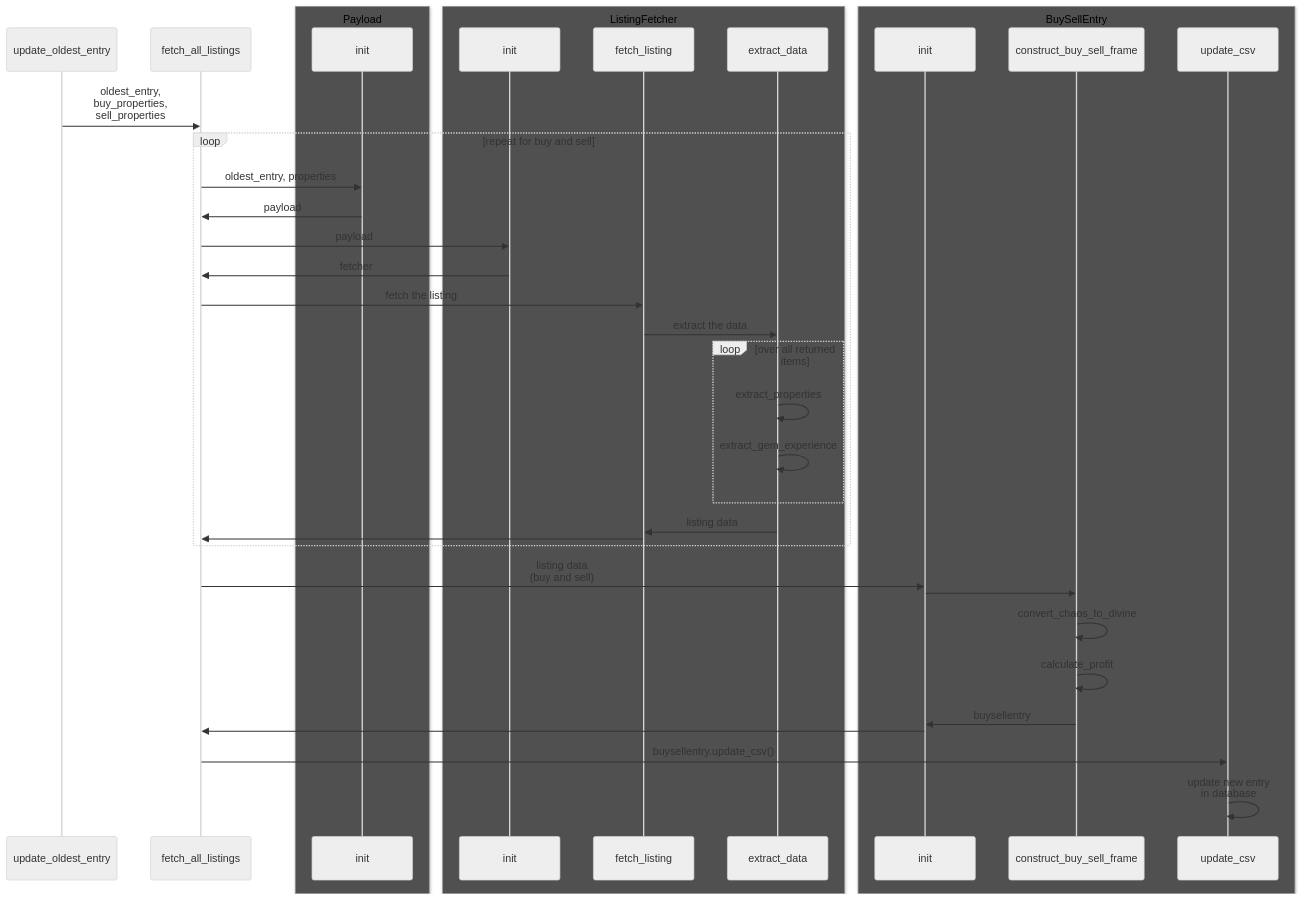
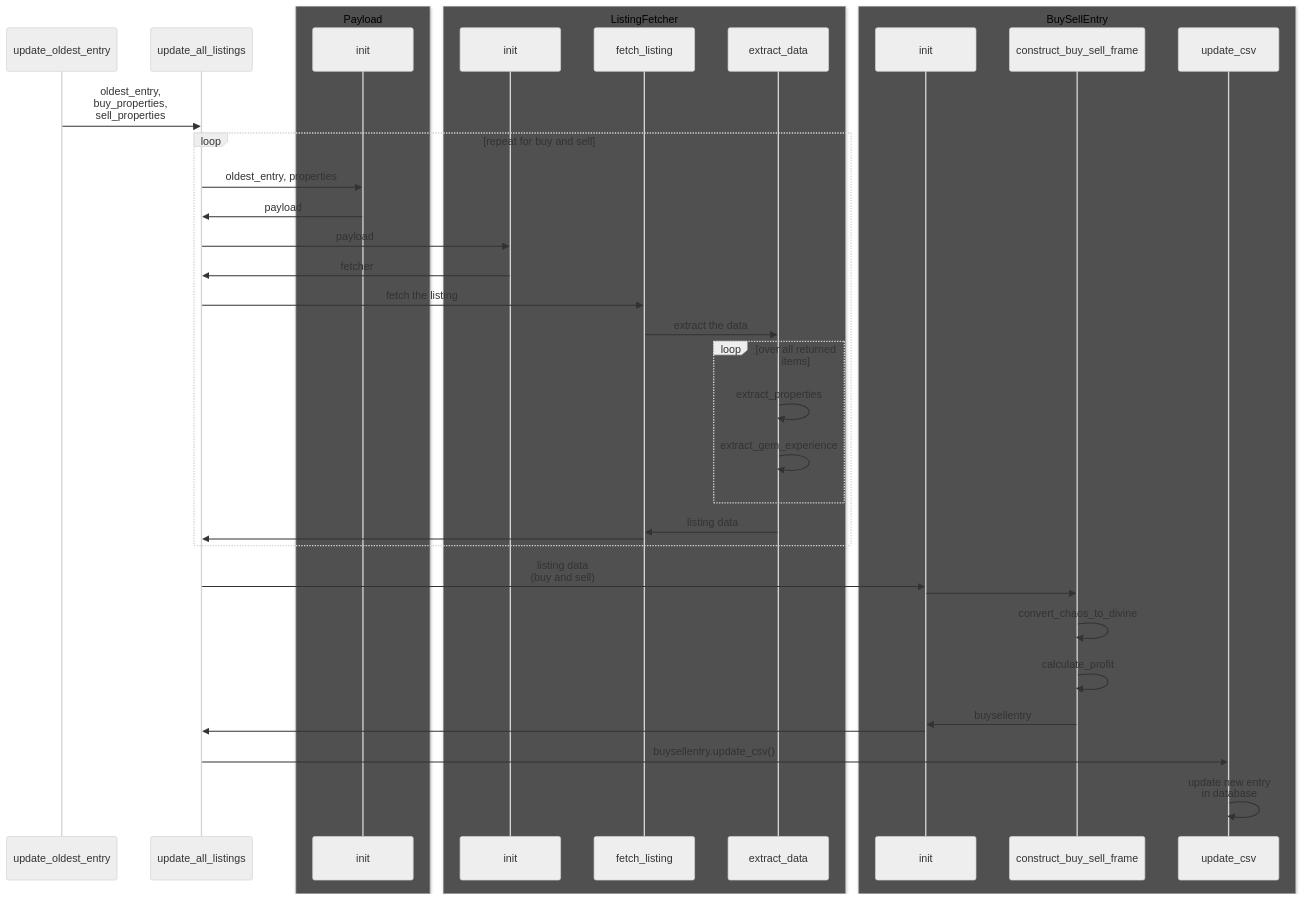
Before and after one commit to DixieSquad/weary-traveler: the tenth of 10 diagrams in documentation/software-design-document.md, drawn with Mermaid (neutral theme).

Commit message:
Update fetch_all_listings to update_all_listings in v0.1.1 design

````diff
--- a/documentation/software-design-document.md
+++ b/documentation/software-design-document.md
@@ -334,53 +334,53 @@
 ```mermaid
 sequenceDiagram
 participant update_oldest_entry
-participant fetch_all_listings
+participant update_all_listings
 
 box rgb(80,80,80) Payload
 participant payload_init as init
 end
 
 box rgb(80,80,80) ListingFetcher
 participant fetch_init as init
 participant fetch_listing
 participant extract_data
 end
 
 box rgb(80,80,80) BuySellEntry
 participant bs_init as init
 participant construct_buy_sell_frame
 participant update_csv
 end
 
-update_oldest_entry ->> fetch_all_listings: oldest_entry,<br/> buy_properties,<br/> sell_properties
+update_oldest_entry ->> update_all_listings: oldest_entry,<br/> buy_properties,<br/> sell_properties
 
 loop repeat for buy and sell 
-    fetch_all_listings ->> payload_init: oldest_entry, properties
-    payload_init ->> fetch_all_listings: payload
+    update_all_listings ->> payload_init: oldest_entry, properties
+    payload_init ->> update_all_listings: payload
 
-    fetch_all_listings ->> fetch_init: payload
-    fetch_init ->> fetch_all_listings: fetcher
+    update_all_listings ->> fetch_init: payload
+    fetch_init ->> update_all_listings: fetcher
 
-    fetch_all_listings ->> fetch_listing: fetch the listing
+    update_all_listings ->> fetch_listing: fetch the listing
     fetch_listing ->> extract_data: extract the data
 
     loop over all returned items
         extract_data ->> extract_data: extract_properties
         extract_data ->> extract_data: extract_gem_experience
     end
     extract_data ->> fetch_listing: listing data
-    fetch_listing ->> fetch_all_listings: 
+    fetch_listing ->> update_all_listings: 
 end
 
-fetch_all_listings ->> bs_init: listing data<br/>(buy and sell)
+update_all_listings ->> bs_init: listing data<br/>(buy and sell)
 bs_init ->> construct_buy_sell_frame: 
 construct_buy_sell_frame ->> construct_buy_sell_frame: convert_chaos_to_divine
 construct_buy_sell_frame ->> construct_buy_sell_frame: calculate_profit
 construct_buy_sell_frame ->> bs_init: buysellentry
-bs_init ->> fetch_all_listings: 
+bs_init ->> update_all_listings: 
 
-fetch_all_listings ->> update_csv: buysellentry.update_csv()
+update_all_listings ->> update_csv: buysellentry.update_csv()
 
 update_csv ->> update_csv: update new entry<br/> in database
 
 ```
````
